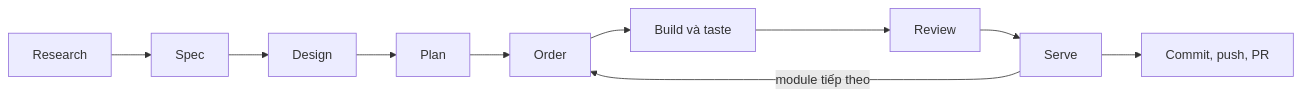
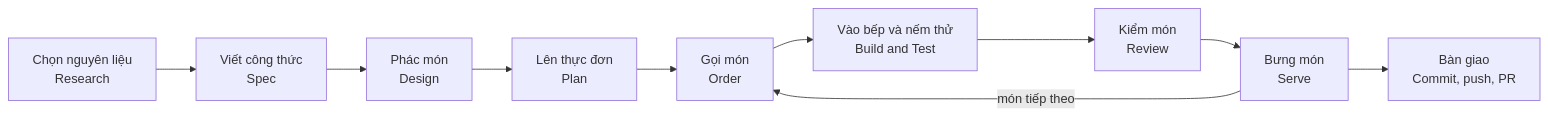
The diagram in README.vi.md (anhtranhai835/verid), drawn with Mermaid before and after one commit. The commit also changed other lines of this file and 1 other file, not shown here.

````diff
--- a/README.vi.md
+++ b/README.vi.md
@@ -35,5 +35,6 @@
 ```mermaid
 flowchart LR
-  R[Research] --> S[Spec] --> D[Design] --> P[Plan] --> O[Order] --> B[Build và taste] --> V[Review] --> C[Serve] --> H[Commit, push, PR]
-  C -->|module tiếp theo| O
+  R[Chọn nguyên liệu<br/>Research] --> S[Viết công thức<br/>Spec] --> D[Phác món<br/>Design] --> P[Lên thực đơn<br/>Plan]
+  P --> O[Gọi món<br/>Order] --> B[Vào bếp và nếm thử<br/>Build and Test] --> V[Kiểm món<br/>Review] --> C[Bưng món<br/>Serve] --> H[Bàn giao<br/>Commit, push, PR]
+  C -->|món tiếp theo| O
 ```
````
